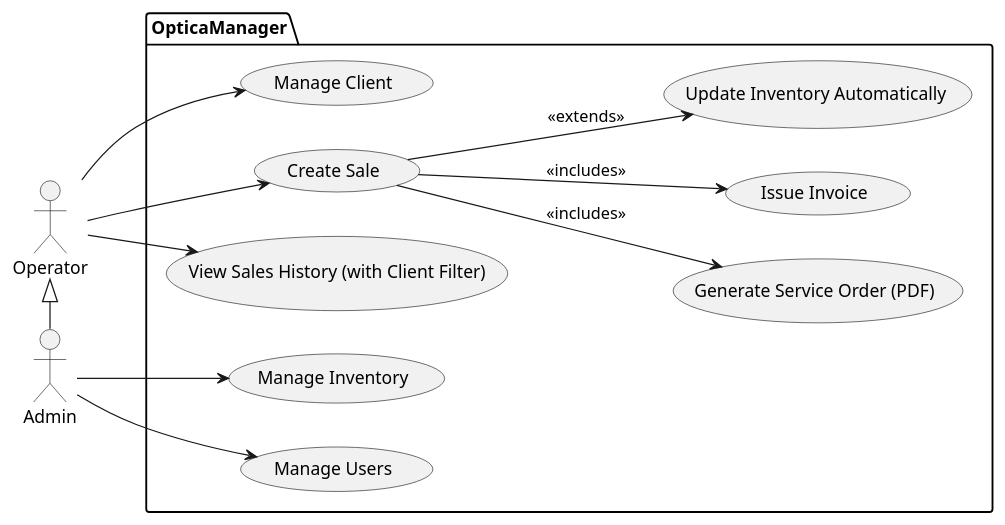
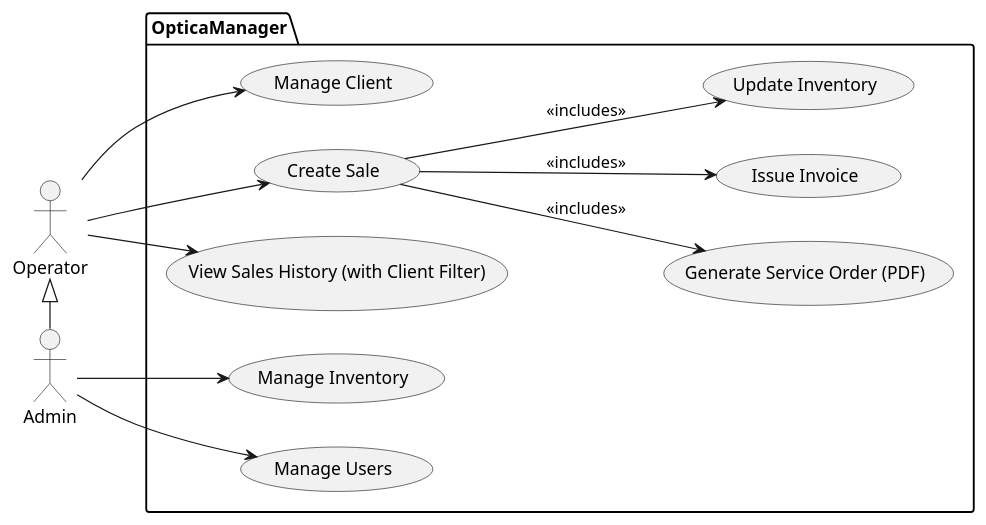
One commit to Andre-Franco1/optica-manager-conception changed the diagram in docs/use-cases.puml. Above: the diagram before and after it, drawn with PlantUML. The commit also changed 3 other files, not shown here.

```diff
--- a/docs/use-cases.puml
+++ b/docs/use-cases.puml
@@ -1,31 +1,31 @@
 @startuml "use-cases-optica-manager"
 left to right direction
 
 actor "Operator" as o
 actor "Admin" as a
 
 package "OpticaManager" {
     usecase "Manage Client" as UC1
     usecase "Create Sale" as UC2
     usecase "Generate Service Order (PDF)" as UC3
     usecase "Issue Invoice" as UC4
     usecase "Manage Inventory" as UC5
-    usecase "Update Inventory Automatically" as UC6
+    usecase "Update Inventory" as UC6
     usecase "Manage Users" as UC7
     usecase "View Sales History (with Client Filter)" as UC8
 }
 
 o <|-right- a
 
 o --> UC1
 o --> UC2
 o --> UC8
 
 a --> UC5
 a --> UC7
 
 UC2 --> UC3 : <<includes>>
 UC2 --> UC4 : <<includes>>
-UC2 --> UC6 : <<extends>>
+UC2 --> UC6 : <<includes>>
 
 @enduml
```
